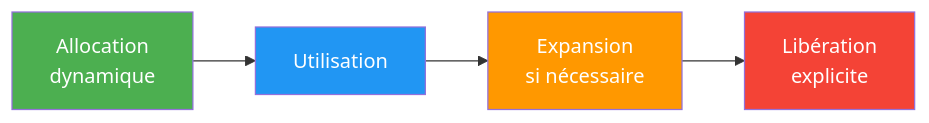
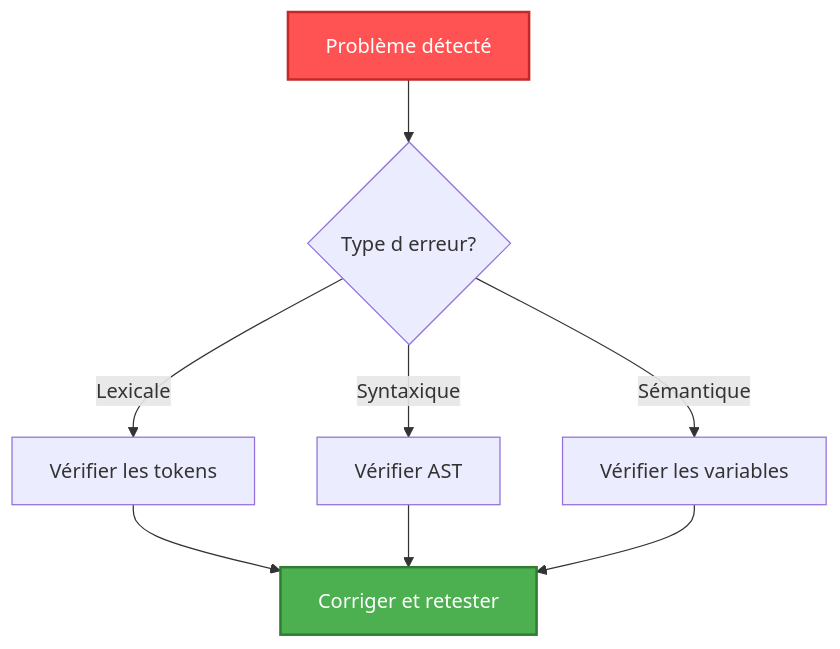
One commit to Yahia995/galant-compiler changed the sixth of 6 diagrams in ARCHITECTURE.md. Above: the diagram before and after it, drawn with Mermaid. The commit also changed other lines of this file, not shown here.

````diff
--- a/ARCHITECTURE.md
+++ b/ARCHITECTURE.md
@@ -762,11 +1392,13 @@
 ```mermaid
-graph LR
-    A[Allocation<br/>dynamique] --> B[Utilisation]
-    B --> C[Expansion<br/>si nécessaire]
-    C --> D[Libération<br/>explicite]
+graph TD
+    A[Problème détecté] --> B{Type d erreur?}
+    B -->|Lexicale| C[Vérifier les tokens]
+    B -->|Syntaxique| D[Vérifier AST]
+    B -->|Sémantique| E[Vérifier les variables]
+    C --> F[Corriger et retester]
+    D --> F
+    E --> F
     
-    style A fill:#4caf50,color:#fff
-    style B fill:#2196f3,color:#fff
-    style C fill:#ff9800,color:#fff
-    style D fill:#f44336,color:#fff
+    style A fill:#ff5252,stroke:#c62828,stroke-width:2px,color:#ffffff
+    style F fill:#4caf50,stroke:#2e7d32,stroke-width:2px,color:#ffffff
 ```
````
